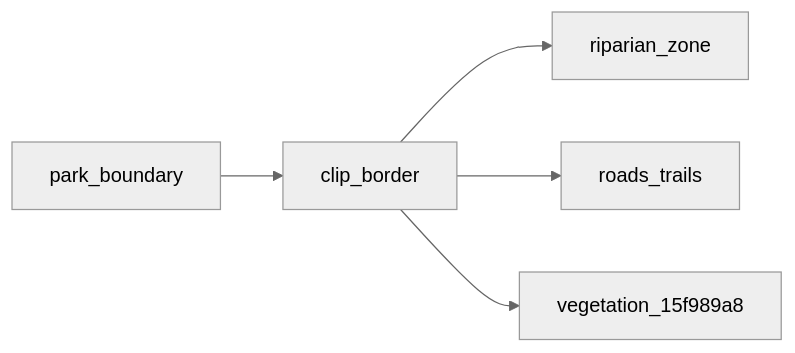
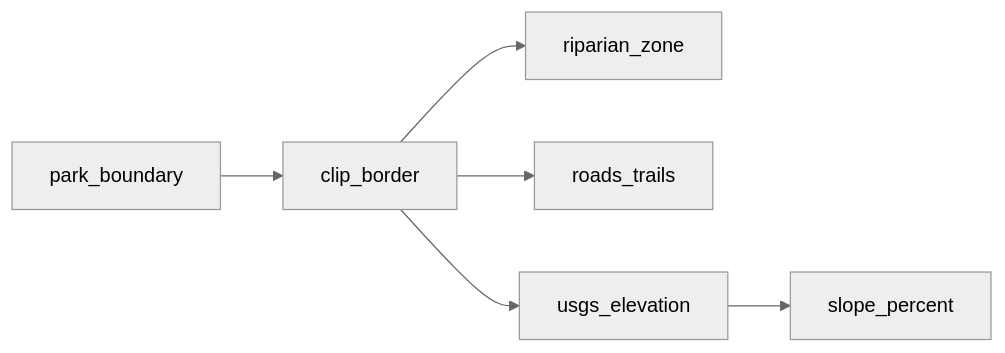
The diagram in projects/goats/README.md (kielni/alidade), drawn with Mermaid (neutral theme) before and after one commit. The commit also changed other lines of this file and 11 other files, not shown here.

````diff
--- a/projects/goats/README.md
+++ b/projects/goats/README.md
@@ -52,7 +59,8 @@
 ```mermaid
 flowchart LR
     park_boundary --> clip_border
     clip_border --> riparian_zone
     clip_border --> roads_trails
-    clip_border --> vegetation_15f989a8
+    usgs_elevation --> slope_percent
+    clip_border --> usgs_elevation
 ```
````
